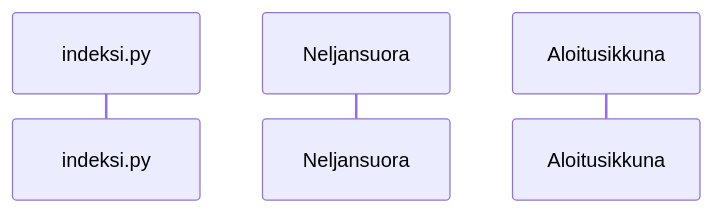
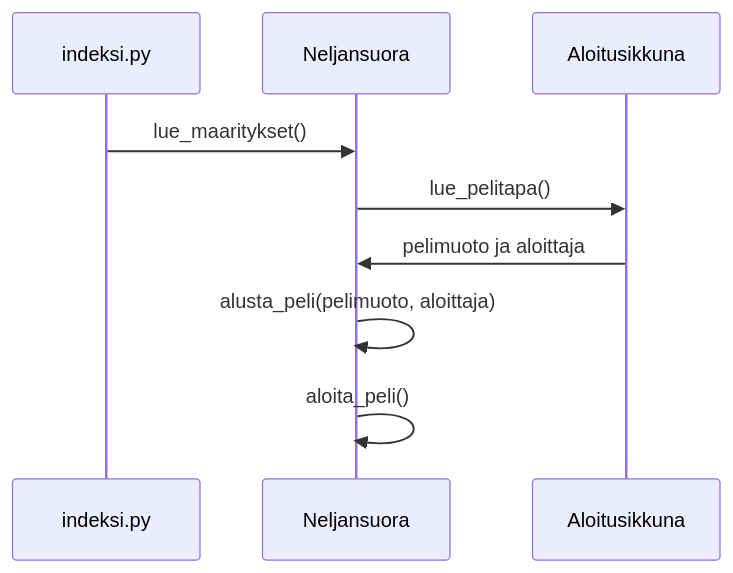
One commit to TatuSorjonen/Neljansuora changed the diagram in Dokumentaatio/toteutusdokumentti.md. Above: the diagram before and after it, drawn with Mermaid.

````diff
--- a/Dokumentaatio/toteutusdokumentti.md
+++ b/Dokumentaatio/toteutusdokumentti.md
@@ -20,6 +20,11 @@
 ```mermaid
 sequenceDiagram
   participant indeksi.py
   participant Neljansuora
   participant Aloitusikkuna
+  indeksi.py->> Neljansuora: lue_maaritykset()
+  Neljansuora->> Aloitusikkuna: lue_pelitapa()
+  Aloitusikkuna->> Neljansuora: pelimuoto ja aloittaja
+  Neljansuora->> Neljansuora: alusta_peli(pelimuoto, aloittaja)
+  Neljansuora->> Neljansuora: aloita_peli()
 ```
````
